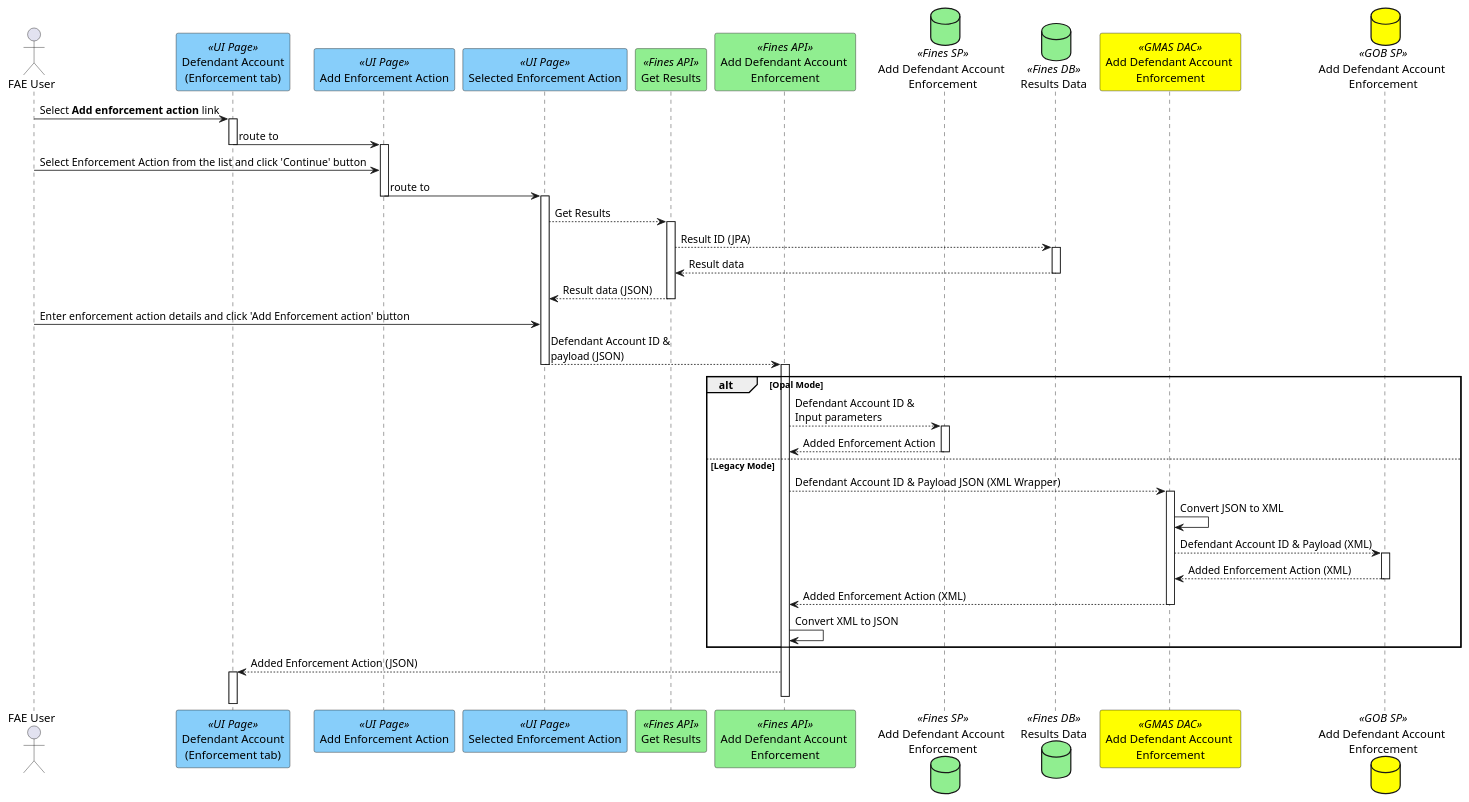
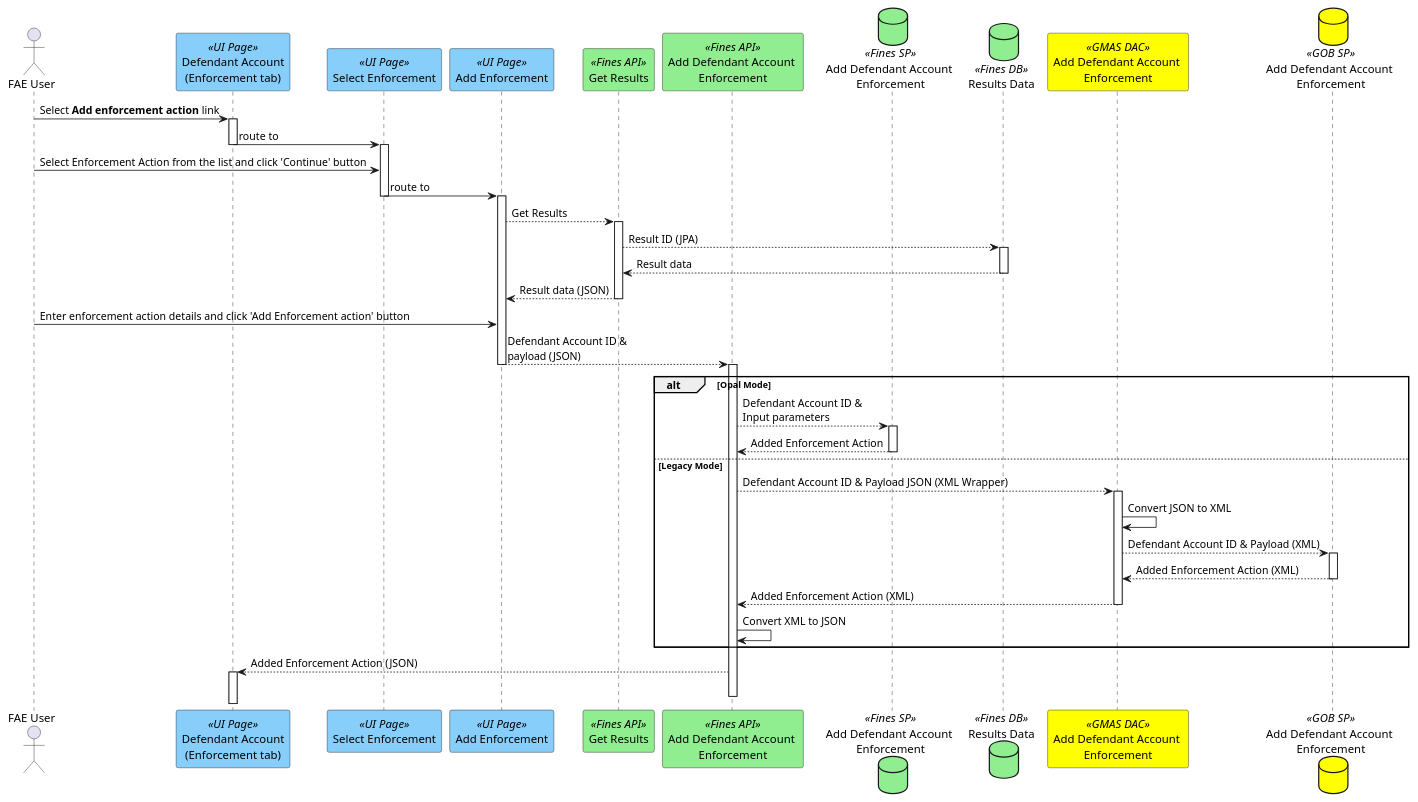
One commit to hmcts/opal-docs changed the diagram in plantUML/fae-enforcement/fae-enforcement-tab-add-action.puml. Above: the diagram before and after it, drawn with PlantUML. The commit also changed 1 other file, not shown here.

Commit message:
enforcement actions and remove hold

```diff
--- a/plantUML/fae-enforcement/fae-enforcement-tab-add-action.puml
+++ b/plantUML/fae-enforcement/fae-enforcement-tab-add-action.puml
@@ -1,34 +1,34 @@
 @startuml
 actor "FAE User" as user
 participant "Defendant Account\n(Enforcement tab)" as page <<UI Page>> #lightskyblue
-participant "Add Enforcement Action" as enfpage <<UI Page>> #lightskyblue
-participant "Selected Enforcement Action" as enfdetpage <<UI Page>> #lightskyblue
+participant "Select Enforcement" as enfpage <<UI Page>> #lightskyblue
+participant "Add Enforcement" as enfdetpage <<UI Page>> #lightskyblue
 participant "Get Results" as resapi <<Fines API>> #lightgreen
 participant "Add Defendant Account \nEnforcement" as nextenfapi <<Fines API>> #lightgreen
 database "Add Defendant Account \nEnforcement" as nextenfsp <<Fines SP>>  #lightgreen
 database "Results Data" as resdb <<Fines DB>>  #lightgreen
 participant "Add Defendant Account \nEnforcement" as gmasdac <<GMAS DAC>> #yellow
 database "Add Defendant Account \nEnforcement" as gobdb <<GOB SP>> #yellow
 user -> page ++: Select <b>Add enforcement action</b> link
 page -> enfpage --++: route to
 user -> enfpage : Select Enforcement Action from the list and click 'Continue' button
 enfpage -> enfdetpage --++: route to
 enfdetpage --> resapi ++: Get Results
 resapi --> resdb ++ : Result ID (JPA)
 resapi <-- resdb --: Result data
 resapi --> enfdetpage --: Result data (JSON)
 user -> enfdetpage : Enter enforcement action details and click 'Add Enforcement action' button
 enfdetpage --> nextenfapi --++: Defendant Account ID & \npayload (JSON)
 alt Opal Mode
 nextenfapi --> nextenfsp ++: Defendant Account ID & \nInput parameters
 nextenfapi <-- nextenfsp --: Added Enforcement Action
 else Legacy Mode
 nextenfapi --> gmasdac ++: Defendant Account ID & Payload JSON (XML Wrapper)
 gmasdac -> gmasdac: Convert JSON to XML
 gmasdac --> gobdb ++: Defendant Account ID & Payload (XML)
 gobdb --> gmasdac --: Added Enforcement Action (XML)
 gmasdac --> nextenfapi --: Added Enforcement Action (XML)
 nextenfapi -> nextenfapi: Convert XML to JSON
 end
 page <-- nextenfapi ++--: Added Enforcement Action (JSON)
 @enduml
```
